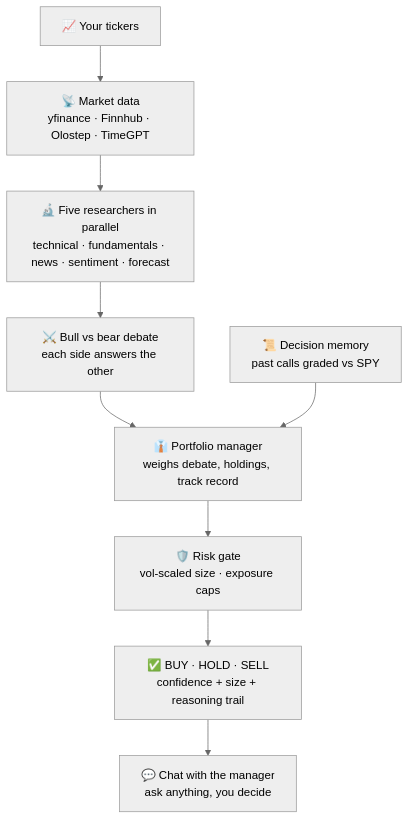
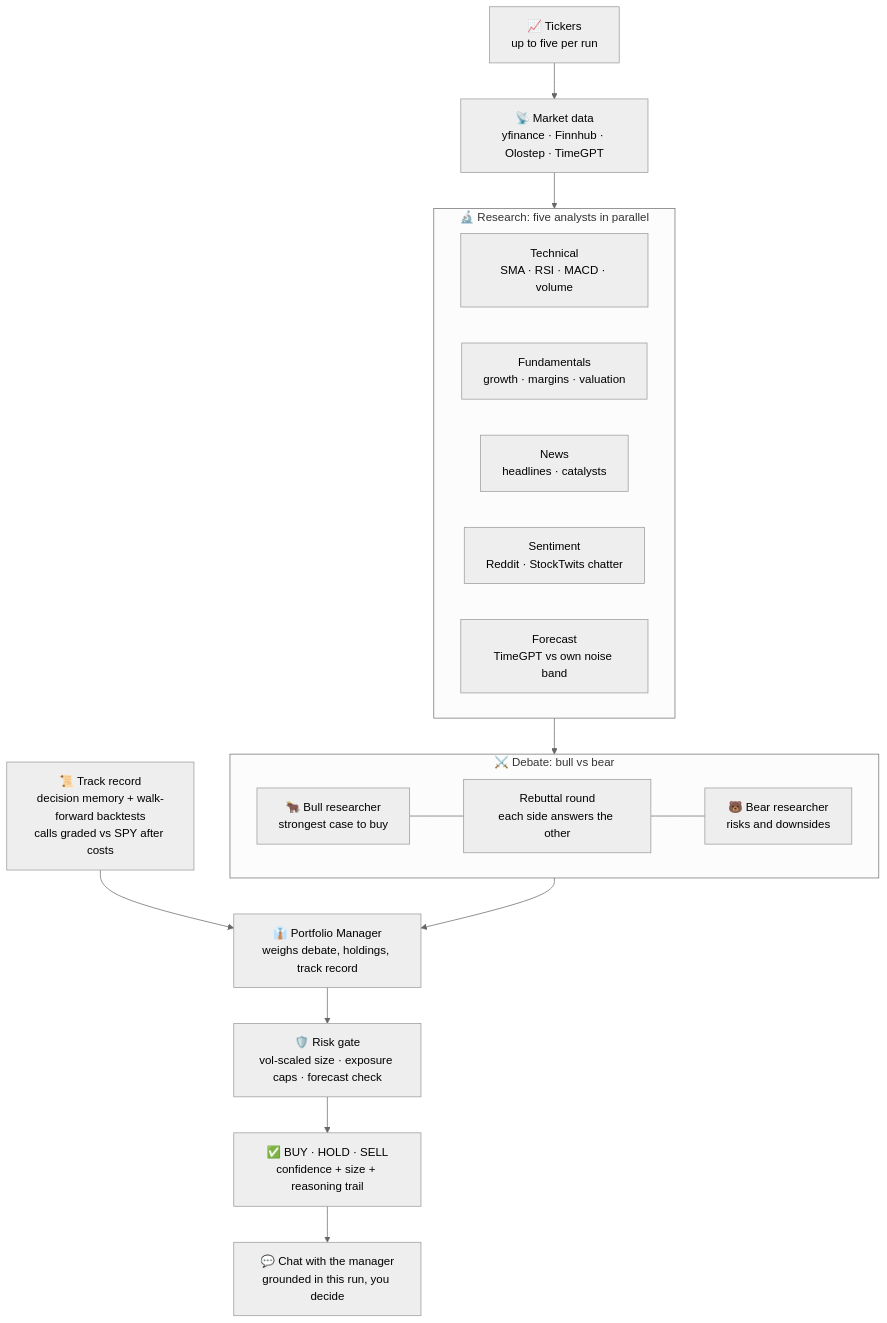
One commit to kingabzpro/BetterTradingAgents changed the diagram in README.md. Above: the diagram before and after it, drawn with Mermaid (neutral theme).

Commit message:
Expand the How-it-works diagram: name every agent, keep it vertical
Restore per-agent detail lost in the last simplification while keeping a
single top-to-bottom flow: the five researchers and the bull/rebuttal/bear
chain now stack vertically inside their subgraphs instead of fanning out
horizontally. The pipeline ends in the manager chat, and a track-record
node shows decision memory plus walk-forward backtests feeding the
manager; the risk gate stays between the manager and the decision.

````diff
--- a/README.md
+++ b/README.md
@@ -55,11 +55,27 @@
 ```mermaid
 flowchart TD
-    T["📈 Your tickers"] --> D["📡 Market data<br/>yfinance · Finnhub · Olostep · TimeGPT"]
-    D --> R["🔬 Five researchers in parallel<br/>technical · fundamentals · news · sentiment · forecast"]
-    R --> B["⚔️ Bull vs bear debate<br/>each side answers the other"]
-    B --> M["👔 Portfolio manager<br/>weighs debate, holdings, track record"]
-    MEM["📜 Decision memory<br/>past calls graded vs SPY"] --> M
-    M --> G["🛡️ Risk gate<br/>vol-scaled size · exposure caps"]
-    G --> V["✅ BUY · HOLD · SELL<br/>confidence + size + reasoning trail"]
-    V --> C["💬 Chat with the manager<br/>ask anything, you decide"]
+    T["📈 Tickers<br/>up to five per run"] --> D["📡 Market data<br/>yfinance · Finnhub · Olostep · TimeGPT"]
+
+    subgraph RESEARCH["🔬 Research: five analysts in parallel"]
+        TA["Technical<br/>SMA · RSI · MACD · volume"]
+        FA["Fundamentals<br/>growth · margins · valuation"]
+        NA["News<br/>headlines · catalysts"]
+        SA["Sentiment<br/>Reddit · StockTwits chatter"]
+        FC["Forecast<br/>TimeGPT vs own noise band"]
+    end
+
+    subgraph DEBATE["⚔️ Debate: bull vs bear"]
+        BULL["🐂 Bull researcher<br/>strongest case to buy"]
+        RB["Rebuttal round<br/>each side answers the other"]
+        BEAR["🐻 Bear researcher<br/>risks and downsides"]
+        BULL --- RB --- BEAR
+    end
+
+    D --> RESEARCH
+    RESEARCH --> DEBATE
+    DEBATE --> PM["👔 Portfolio Manager<br/>weighs debate, holdings, track record"]
+    TRACK["📜 Track record<br/>decision memory + walk-forward backtests<br/>calls graded vs SPY after costs"] --> PM
+    PM --> RISK["🛡️ Risk gate<br/>vol-scaled size · exposure caps · forecast check"]
+    RISK --> RESULT["✅ BUY · HOLD · SELL<br/>confidence + size + reasoning trail"]
+    RESULT --> CHAT["💬 Chat with the manager<br/>grounded in this run, you decide"]
 ```
````
